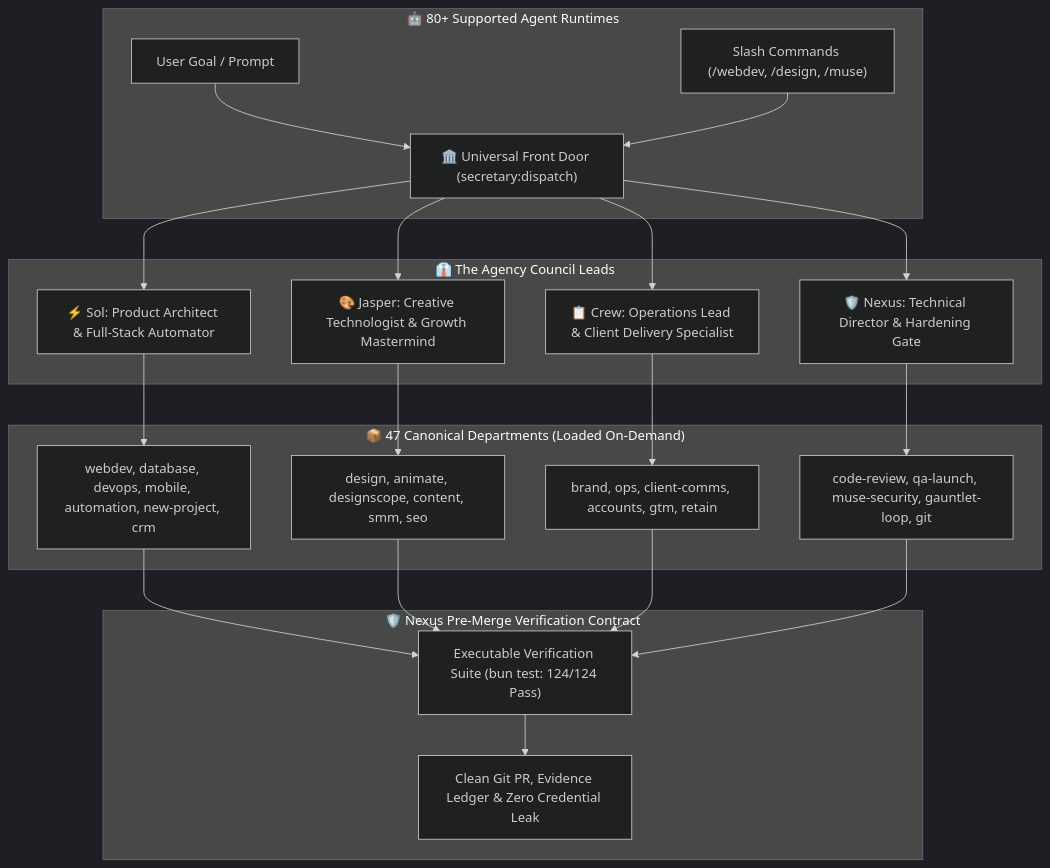
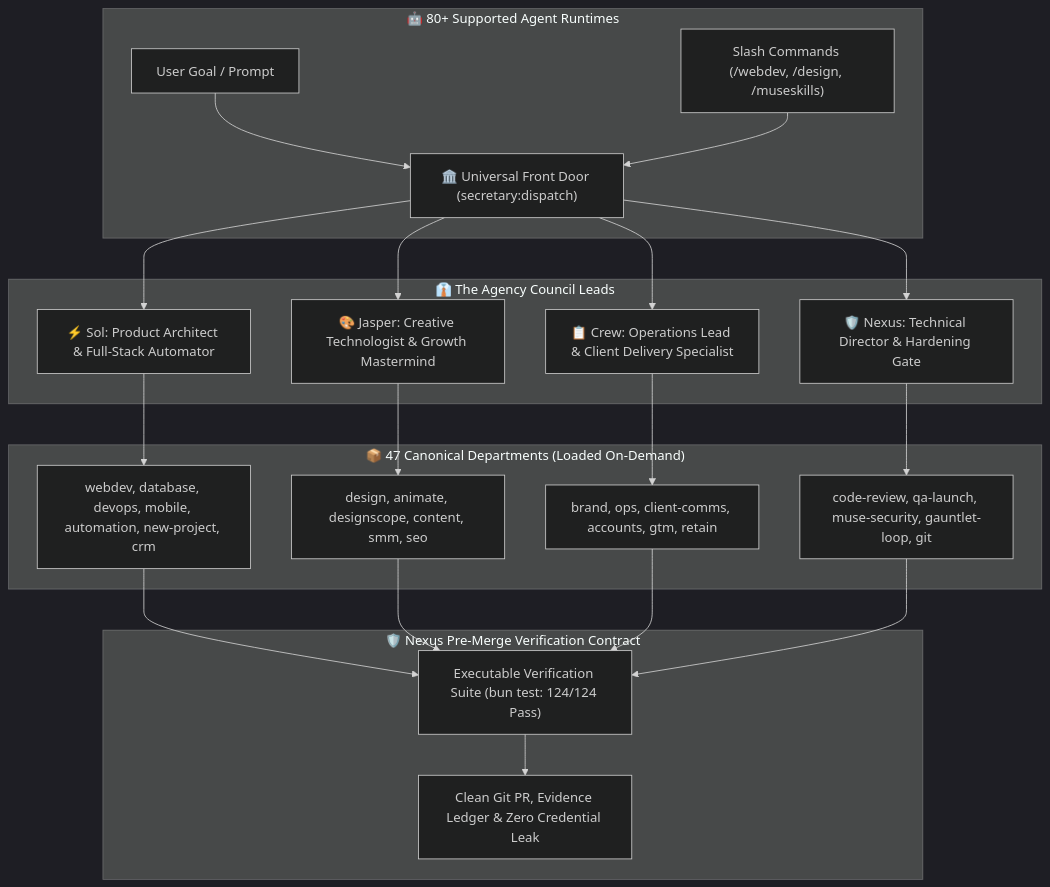
Before and after one commit to harshsinghmp/muse-skills: the diagram in README.md, drawn with Mermaid (dark theme). The commit also changed other lines of this file and 2 other files, not shown here.

Commit message:
feat(cli): rename CLI to museskills and upgrade remote installer to interactive mode

````diff
--- a/README.md
+++ b/README.md
@@ -55,29 +55,29 @@
 ```mermaid
 flowchart TD
     subgraph Harness ["🤖 80+ Supported Agent Runtimes"]
         UserPrompt["User Goal / Prompt"] --> Dispatcher["🏛️ Universal Front Door (secretary:dispatch)"]
-        SlashCmd["Slash Commands (/webdev, /design, /muse)"] --> Dispatcher
+        SlashCmd["Slash Commands (/webdev, /design, /museskills)"] --> Dispatcher
     end
 
     subgraph Council ["👔 The Agency Council Leads"]
         Dispatcher --> Sol["⚡ Sol: Product Architect & Full-Stack Automator"]
         Dispatcher --> Jasper["🎨 Jasper: Creative Technologist & Growth Mastermind"]
         Dispatcher --> Crew["📋 Crew: Operations Lead & Client Delivery Specialist"]
         Dispatcher --> NexusLead["🛡️ Nexus: Technical Director & Hardening Gate"]
     end
 
     subgraph SkillLayer ["📦 47 Canonical Departments (Loaded On-Demand)"]
         Sol --> EngSkills["webdev, database, devops, mobile, automation, new-project, crm"]
         Jasper --> DesignSkills["design, animate, designscope, content, smm, seo"]
         Crew --> OpsSkills["brand, ops, client-comms, accounts, gtm, retain"]
         NexusLead --> QualitySkills["code-review, qa-launch, muse-security, gauntlet-loop, git"]
     end
 
     subgraph QualityGates ["🛡️ Nexus Pre-Merge Verification Contract"]
         EngSkills --> Gate["Executable Verification Suite (bun test: 124/124 Pass)"]
         DesignSkills --> Gate
         OpsSkills --> Gate
         QualitySkills --> Gate
         Gate --> Output["Clean Git PR, Evidence Ledger & Zero Credential Leak"]
     end
 ```
````
